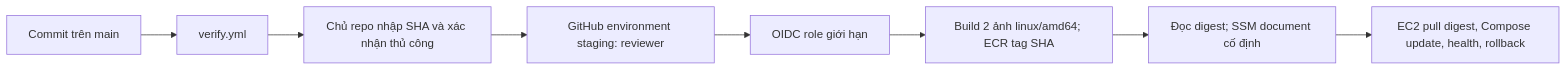
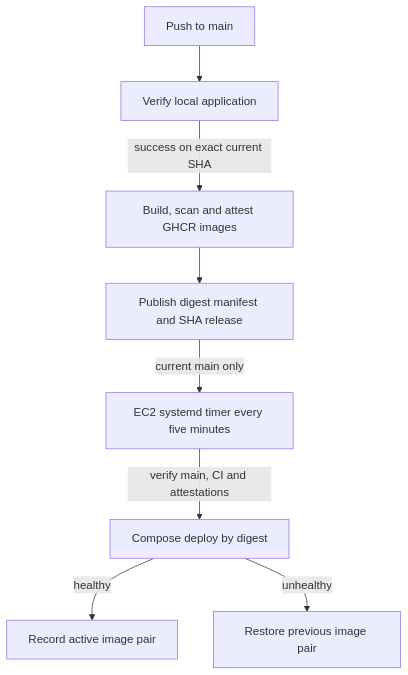
The second of 2 diagrams in docs/deployment/architecture.md (mhiu05/MoodPrint), drawn with Mermaid before and after one commit. The commit also changed other lines of this file, not shown here.

Commit message:
Update staging architecture for GHCR poller
Update architecture documentation with deployment details and security group configurations.

````diff
--- a/docs/deployment/architecture.md
+++ b/docs/deployment/architecture.md
@@ -15,10 +15,10 @@
 ```mermaid
-flowchart LR
-  G[Commit trên main] --> CI[verify.yml]
-  CI --> M[Chủ repo nhập SHA và xác nhận thủ công]
-  M --> E[GitHub environment staging: reviewer]
-  E --> O[OIDC role giới hạn]
-  O --> B[Build 2 ảnh linux/amd64; ECR tag SHA]
-  B --> D[Đọc digest; SSM document cố định]
-  D --> I[EC2 pull digest, Compose update, health, rollback]
+flowchart TD
+  P[Push to main] --> CI[Verify local application]
+  CI -->|success on exact current SHA| PUB[Build, scan and attest GHCR images]
+  PUB --> REL[Publish digest manifest and SHA release]
+  EC[EC2 systemd timer every five minutes] -->|verify main, CI and attestations| DEPLOY[Compose deploy by digest]
+  REL -->|current main only| EC
+  DEPLOY -->|healthy| ACTIVE[Record active image pair]
+  DEPLOY -->|unhealthy| ROLLBACK[Restore previous image pair]
 ```
````
